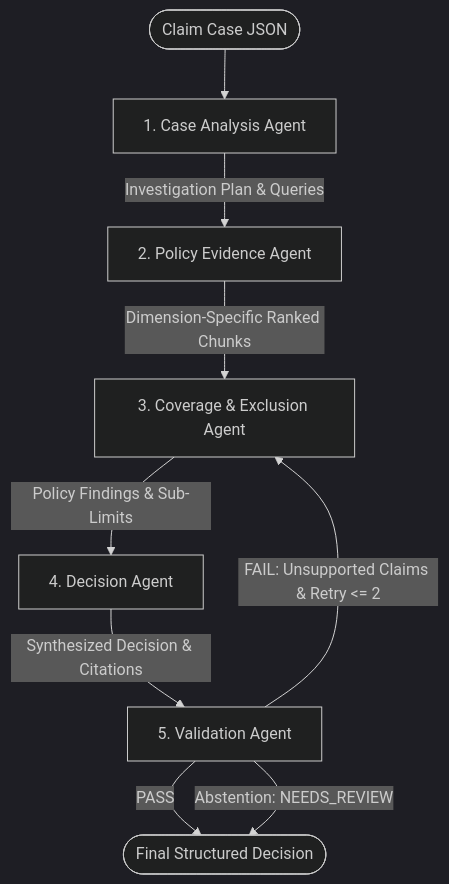
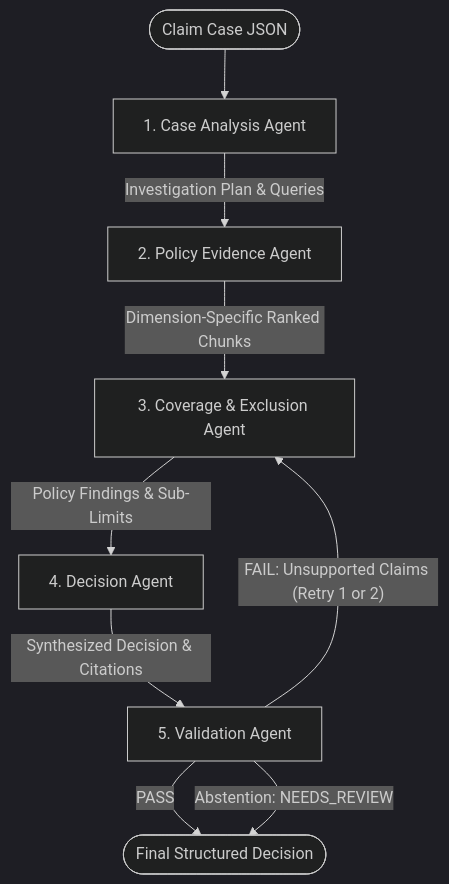
The diagram in ARCHITECTURE.md (Aniketchavan7/claim-decision-engine), drawn with Mermaid (dark theme) before and after one commit. The commit also changed 1 other file, not shown here.

Commit message:
fix(docs): resolve GitHub Mermaid diagram parse error with '<=' in edge labels

````diff
--- a/ARCHITECTURE.md
+++ b/ARCHITECTURE.md
@@ -23,12 +23,12 @@
 ```mermaid
 flowchart TD
     Start([Claim Case JSON]) --> CA[1. Case Analysis Agent]
     CA -->|Investigation Plan & Queries| PE[2. Policy Evidence Agent]
     PE -->|Dimension-Specific Ranked Chunks| CE[3. Coverage & Exclusion Agent]
     CE -->|Policy Findings & Sub-Limits| DA[4. Decision Agent]
     DA -->|Synthesized Decision & Citations| VA[5. Validation Agent]
 
     VA -->|PASS| End([Final Structured Decision])
     VA -->|Abstention: NEEDS_REVIEW| End
-    VA -->|FAIL: Unsupported Claims & Retry <= 2| CE
+    VA -->|"FAIL: Unsupported Claims (Retry 1 or 2)"| CE
 ```
````
